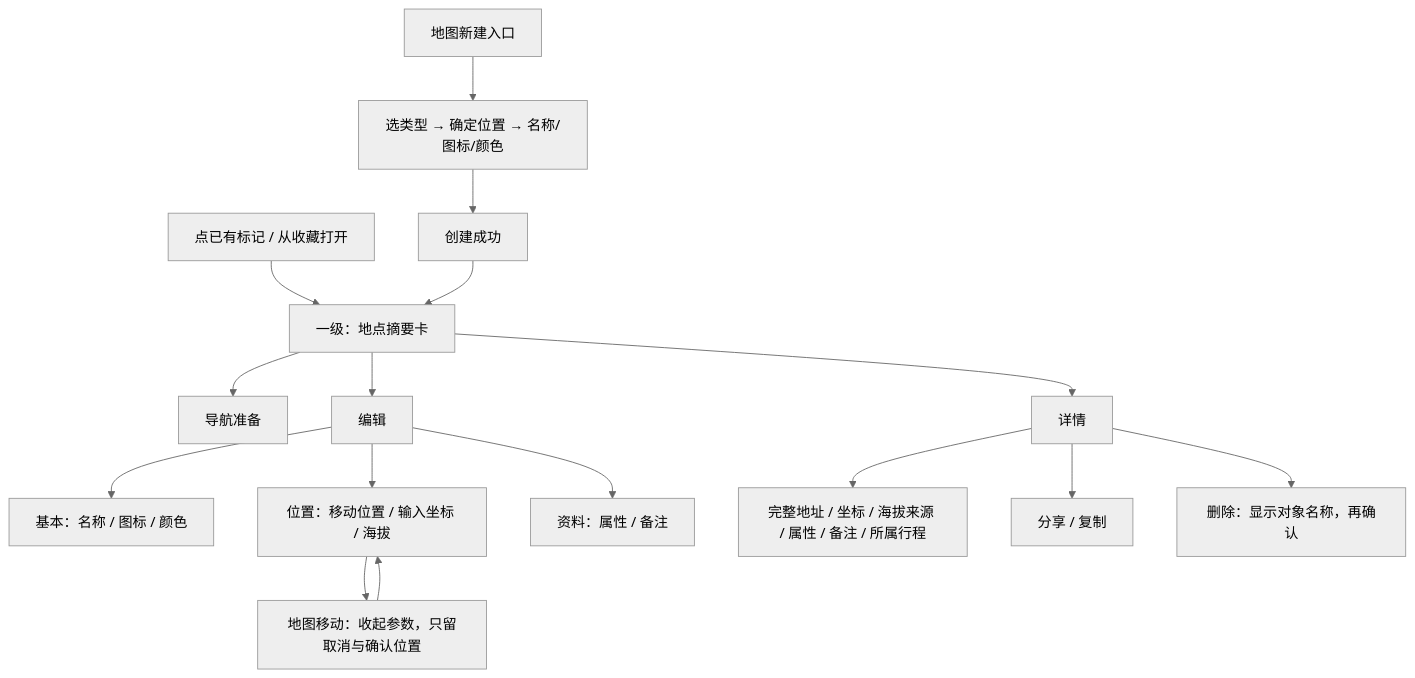
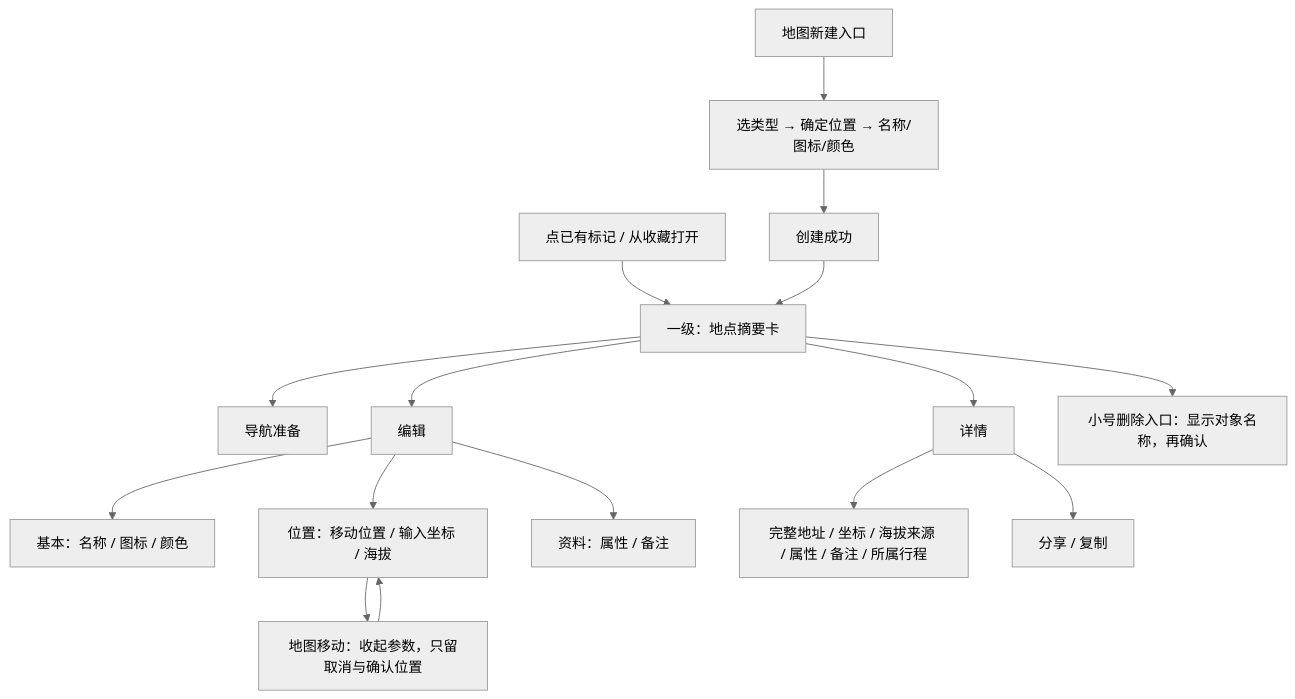
The second of 2 diagrams in docs/marker-ui-hierarchy-2026-09-09.md (Siger1989/map), drawn with Mermaid (neutral theme) before and after one commit. The commit also changed other lines of this file and 3 other files, not shown here.

````diff
--- a/docs/marker-ui-hierarchy-2026-09-09.md
+++ b/docs/marker-ui-hierarchy-2026-09-09.md
@@ -58,18 +58,18 @@
 ```mermaid
 flowchart TD
   A["点已有标记 / 从收藏打开"] --> B["一级：地点摘要卡"]
   B --> C["导航准备"]
   B --> D["编辑"]
   B --> E["详情"]
   D --> F["基本：名称 / 图标 / 颜色"]
   D --> G["位置：移动位置 / 输入坐标 / 海拔"]
   D --> H["资料：属性 / 备注"]
   G --> I["地图移动：收起参数，只留取消与确认位置"]
   I --> G
   E --> J["完整地址 / 坐标 / 海拔来源 / 属性 / 备注 / 所属行程"]
   E --> K["分享 / 复制"]
-  E --> L["删除：显示对象名称，再确认"]
+  B --> L["小号删除入口：显示对象名称，再确认"]
   M["地图新建入口"] --> N["选类型 → 确定位置 → 名称/图标/颜色"]
   N --> O["创建成功"]
   O --> B
 ```
````
